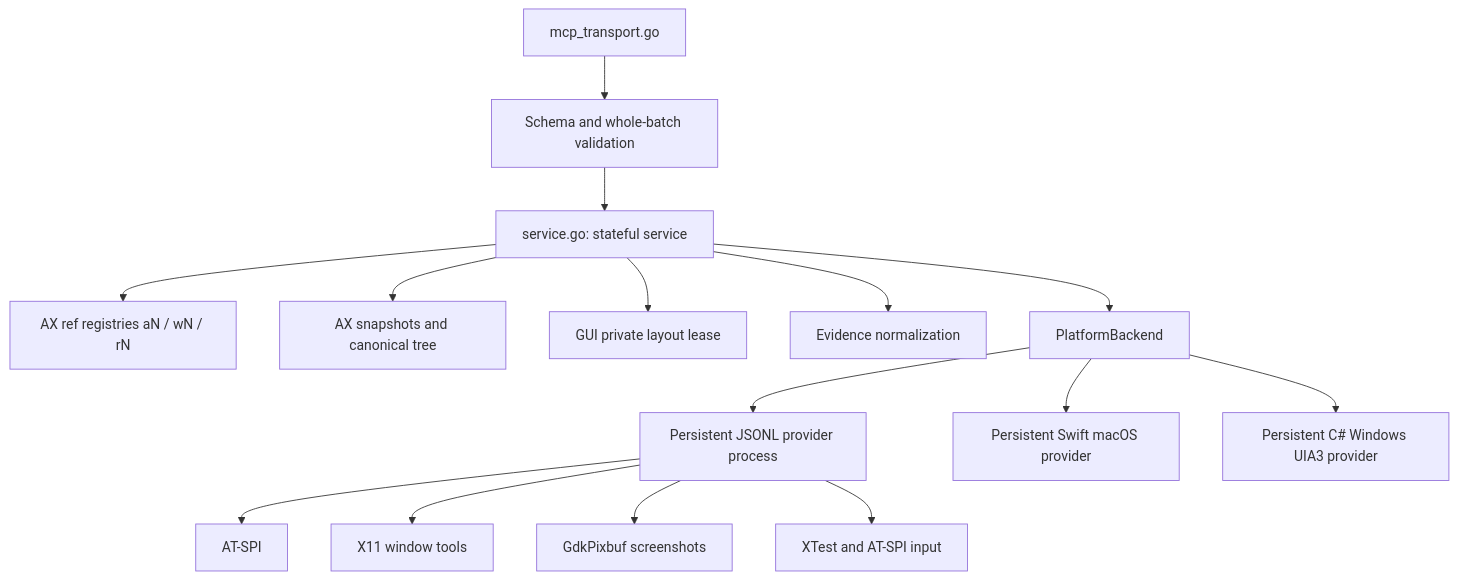
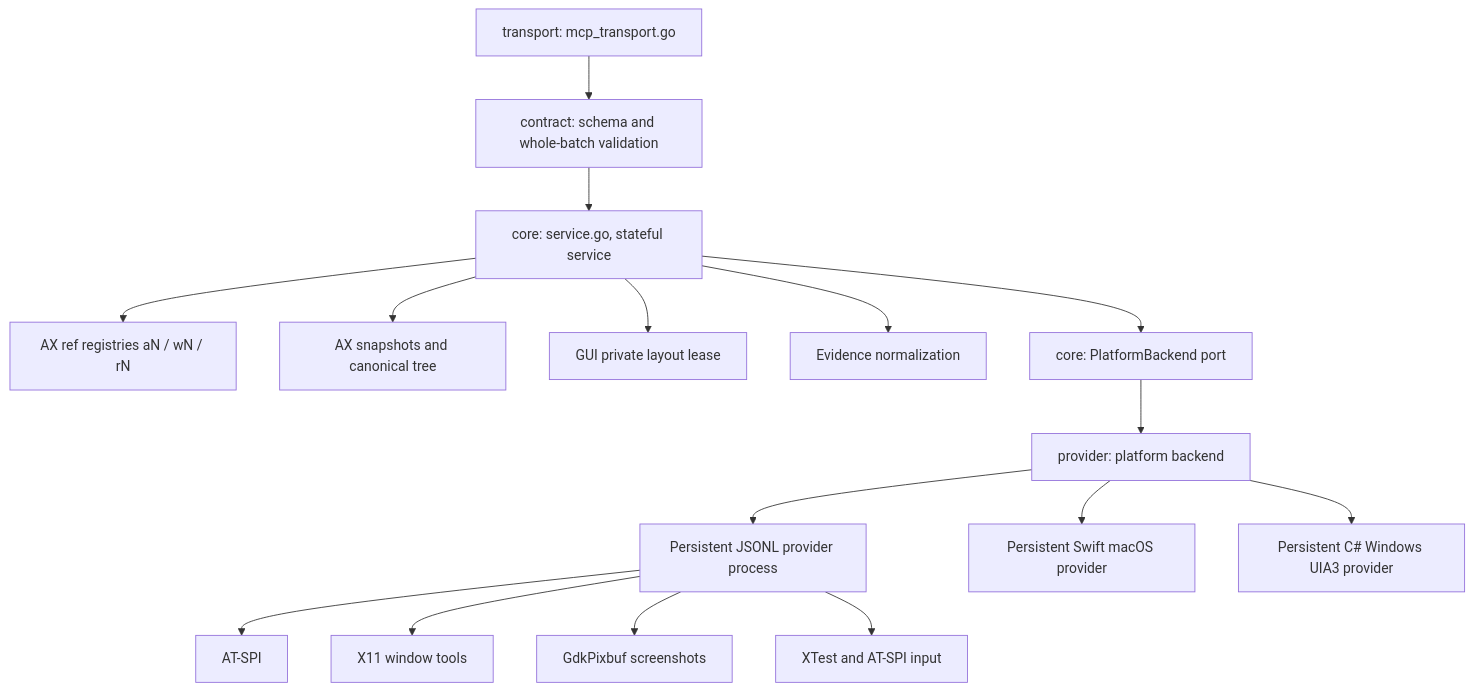
One commit to hqhq1025/hybrid-computer-use-oss changed the second of 2 diagrams in docs/ARCHITECTURE.md. Above: the diagram before and after it, drawn with Mermaid. The commit also changed other lines of this file and 4 other files, not shown here.

````diff
--- a/docs/ARCHITECTURE.md
+++ b/docs/ARCHITECTURE.md
@@ -38,17 +38,18 @@
 ```mermaid
 flowchart TB
-    T[mcp_transport.go] --> V[Schema and whole-batch validation]
-    V --> S[service.go: stateful service]
+    T[transport: mcp_transport.go] --> V[contract: schema and whole-batch validation]
+    V --> S[core: service.go, stateful service]
     S --> AR[AX ref registries aN / wN / rN]
     S --> AS[AX snapshots and canonical tree]
     S --> GL[GUI private layout lease]
     S --> E[Evidence normalization]
-    S --> B[PlatformBackend]
-    B --> W[Persistent JSONL provider process]
+    S --> B[core: PlatformBackend port]
+    B --> P[provider: platform backend]
+    P --> W[Persistent JSONL provider process]
     W --> AT[AT-SPI]
     W --> WM[X11 window tools]
     W --> PX[GdkPixbuf screenshots]
     W --> IN[XTest and AT-SPI input]
-    B --> M[Persistent Swift macOS provider]
-    B --> N[Persistent C# Windows UIA3 provider]
+    P --> M[Persistent Swift macOS provider]
+    P --> N[Persistent C# Windows UIA3 provider]
 ```
````
